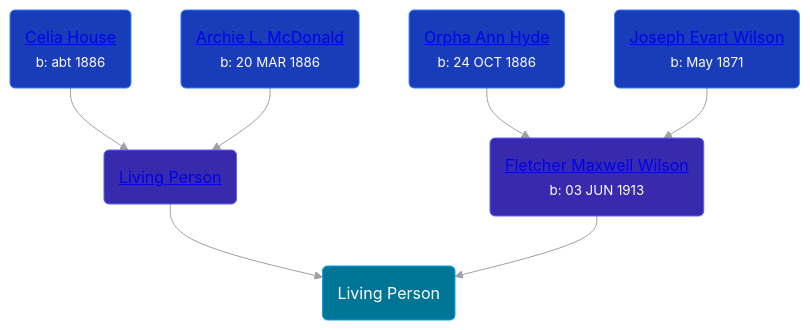
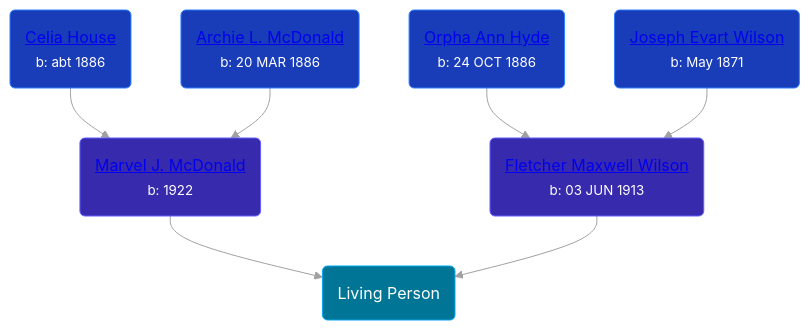
The diagram in pages/people/5/53774374.md (wpmgotkh/wpmgotkh.github.io), drawn with Mermaid before and after one commit. The commit also changed other lines of this file and 257 other files, not shown here.

````diff
--- a/pages/people/5/53774374.md
+++ b/pages/people/5/53774374.md
@@ -10,14 +10,14 @@
 ```mermaid
 graph
 classDef grands fill:#193cb8,stroke:#2b7fff,stroke-width:1px,color:#fff;
 classDef parents fill:#372aac,stroke:#615fff,stroke-width:1px,color:#fff;
 classDef primary fill:#007595,stroke:#00a6f4,stroke-width:1px,color:#fff;
 53774374(Living Person):::primary
-1324224(<a class="text-white" href="/people/1/1324224">Living Person</a>):::parents-->53774374
+1324224(<a class="text-white" href="/people/1/1324224">Marvel J. McDonald</a><br /><small>b: 1922</small>):::parents-->53774374
 69305794(<a class="text-white" href="/people/6/69305794">Celia House</a><br /><small>b: abt 1886</small>):::grands-->1324224
 52644506(<a class="text-white" href="/people/5/52644506">Archie L. McDonald</a><br /><small>b: 20 MAR 1886</small>):::grands-->1324224
 32597724(<a class="text-white" href="/people/3/32597724">Fletcher Maxwell Wilson</a><br /><small>b: 03 JUN 1913</small>):::parents-->53774374
 63932813(<a class="text-white" href="/people/6/63932813">Orpha Ann Hyde</a><br /><small>b: 24 OCT 1886</small>):::grands-->32597724
 57306025(<a class="text-white" href="/people/5/57306025">Joseph Evart Wilson</a><br /><small>b: May 1871</small>):::grands-->32597724
 linkStyle default stroke:#a1a1a1
 ```
````
